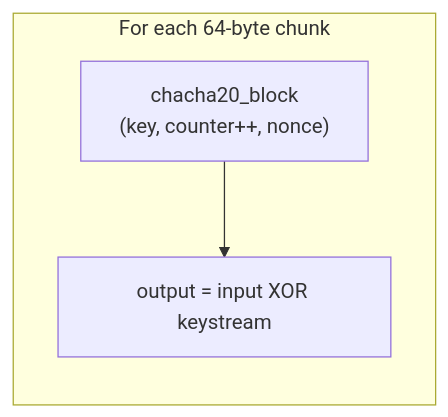
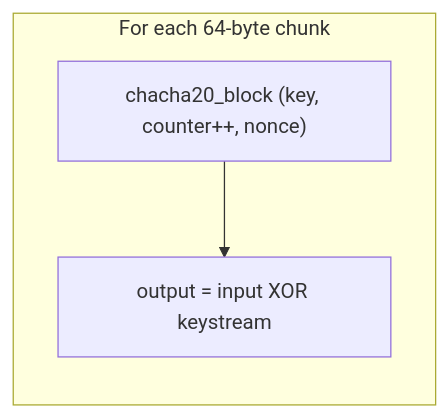
One commit to zheylmun/chacha20_poly1305 changed the fourth of 4 diagrams in README.md. Above: the diagram before and after it, drawn with Mermaid. The commit also changed other lines of this file and 1 other file, not shown here.

Commit message:
Fix formatting issues with mermaid diagrams

````diff
--- a/README.md
+++ b/README.md
@@ -85,8 +85,8 @@
 ```mermaid
 flowchart LR
   subgraph "For each 64-byte chunk"
-    Block["chacha20_block\n(key, counter++, nonce)"]
+    Block["chacha20_block (key, counter++, nonce)"]
     XOR["output = input XOR keystream"]
     Block --> XOR
   end
 ```
````
